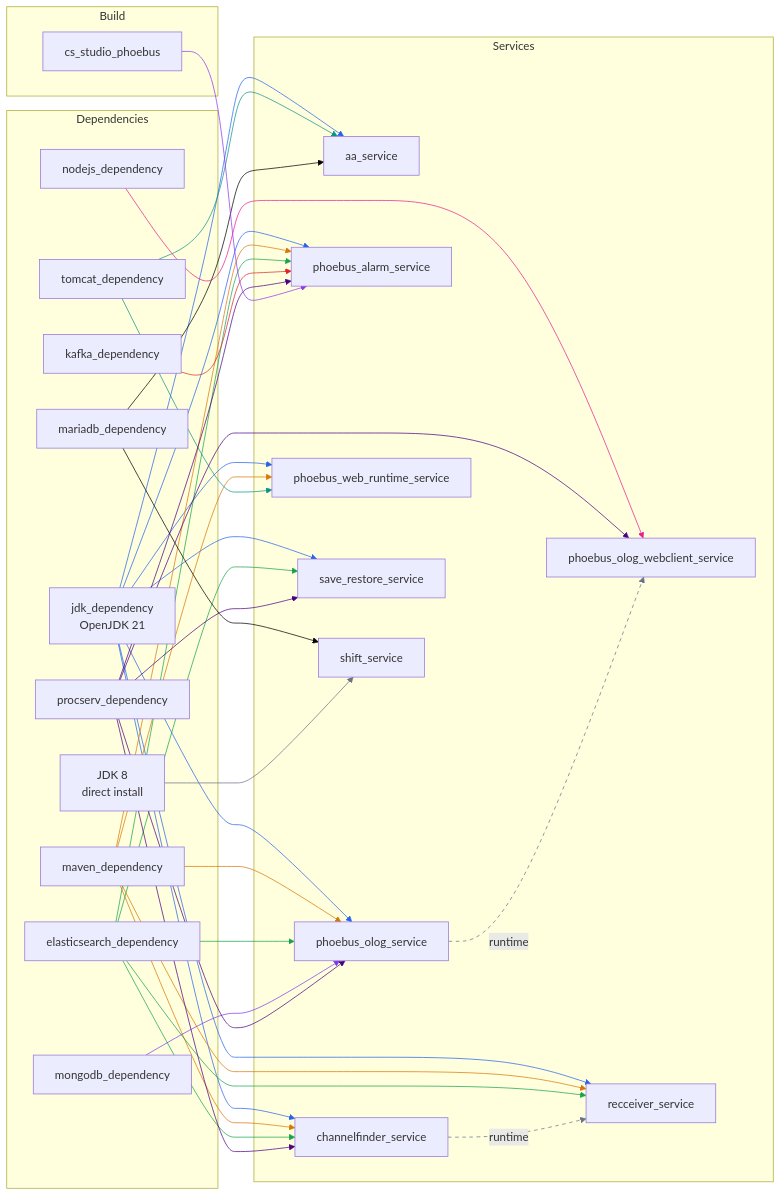
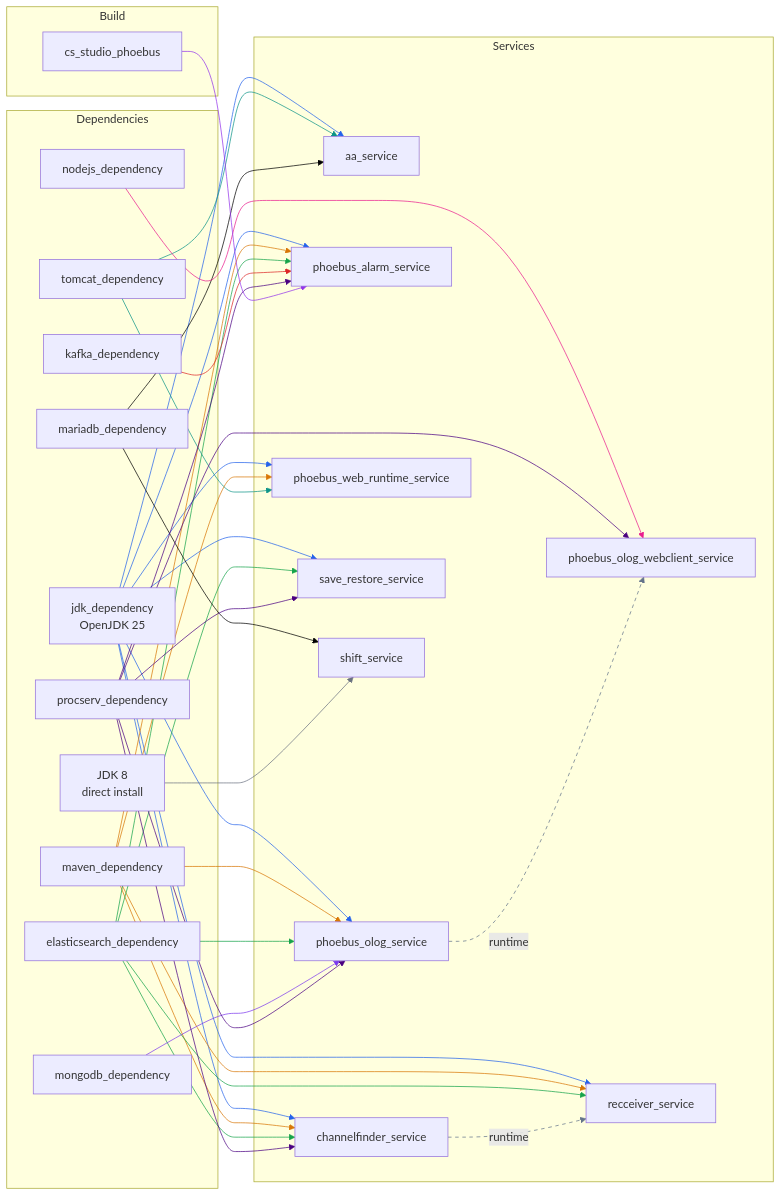
One commit to NSLS2/nsls2.epics_services changed the diagram in README.md. Above: the diagram before and after it, drawn with Mermaid. The commit also changed other lines of this file, not shown here.

````diff
--- a/README.md
+++ b/README.md
@@ -89,7 +90,7 @@
 ```mermaid
 graph LR
     subgraph Dependencies
-        jdk[jdk_dependency<br/>OpenJDK 21]
+        jdk[jdk_dependency<br/>OpenJDK 25]
         mvn[maven_dependency]
         es[elasticsearch_dependency]
         kafka[kafka_dependency]
````
